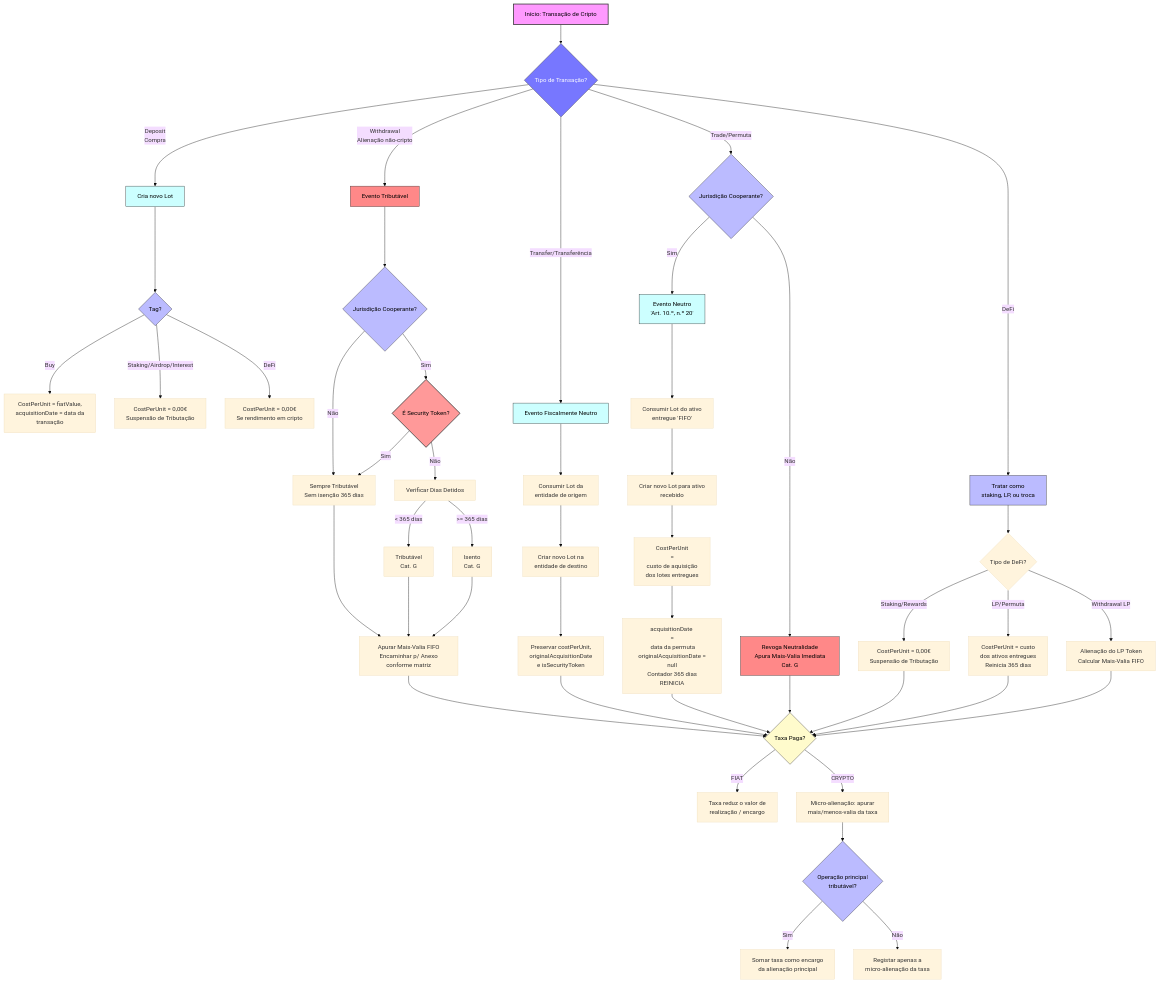
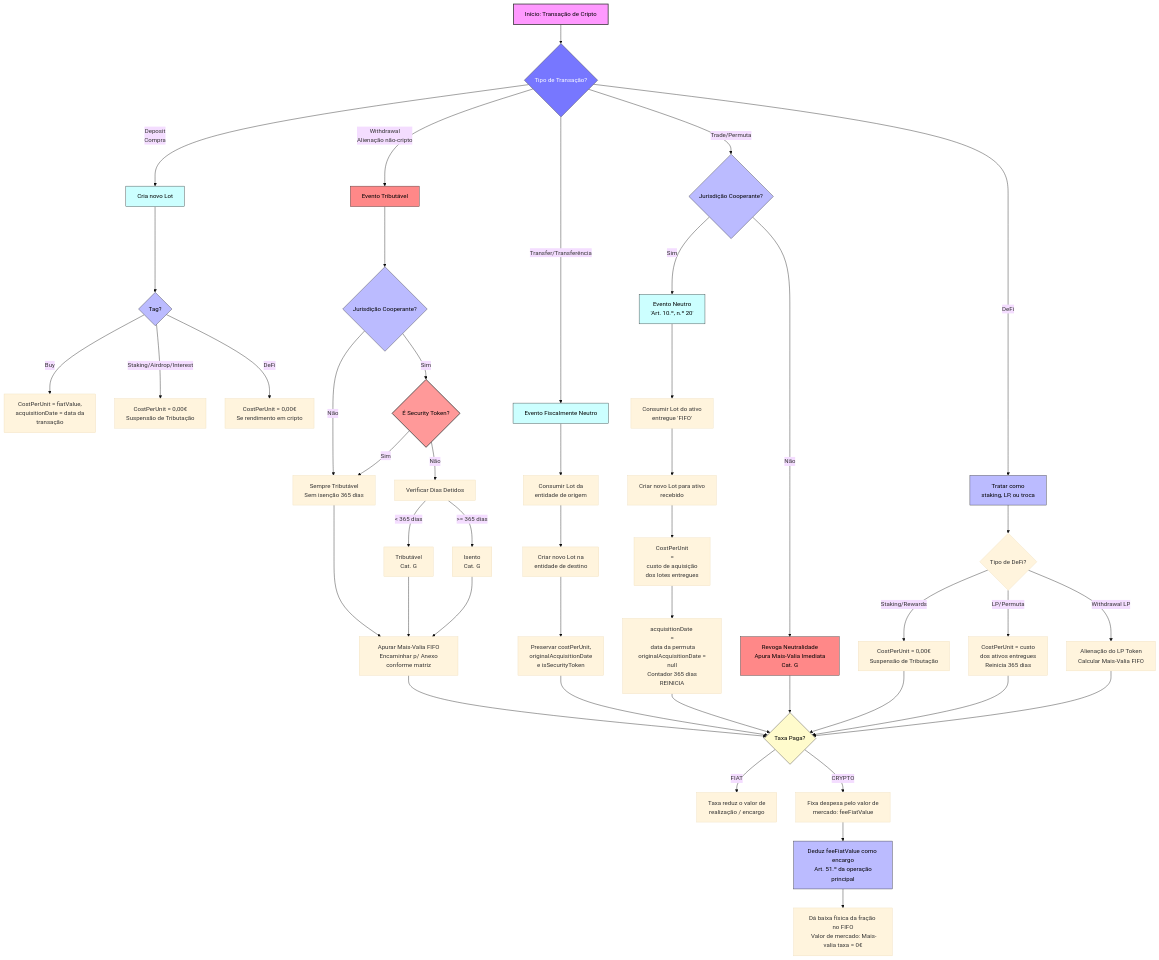
The diagram in fluxograma.mermaid (marotoweb/declaracriptopt), drawn with Mermaid (base theme) before and after one commit. The commit also changed 8 other files, not shown here.

```diff
--- a/fluxograma.mermaid
+++ b/fluxograma.mermaid
@@ -1,73 +1,72 @@
 flowchart TD
     A[Início: Transação de Cripto] --> B{Tipo de Transação?}
 
     %% DEPÓSITOS
     B -->|Deposit<br>Compra| C[Cria novo Lot]
     C --> C1{Tag?}
     C1 -->|Buy| C2[CostPerUnit = fiatValue,<br> acquisitionDate = data da <br>transação]
     C1 -->|Staking/Airdrop/Interest| C3[CostPerUnit = 0,00€<br>Suspensão de Tributação]
     C1 -->|DeFi| C4[CostPerUnit = 0,00€<br>Se rendimento em cripto]
 
     %% RETIRADAS / VENDAS
     B -->|Withdrawal<br>Alienação não-cripto| D[Evento Tributável]
     D --> D0{Jurisdição Cooperante?}
     D0 -->|Não| D2[Sempre Tributável<br>Isenção revogada pelo Art 10 n21]
     D0 -->|Sim| D1{É Security Token?}
     D1 -->|Sim| D2[Sempre Tributável<br> Sem isenção 365 dias]
     D1 -->|Não| D3[Verificar Dias Detidos]
     D3 -->|< 365 dias| D4[Tributável<br> Cat. G]
     D3 -->|&gt= 365 dias| D5[Isento<br> Cat. G]
     D2 & D4 & D5 --> D6[Apurar Mais-Valia FIFO<br> Encaminhar p/ Anexo conforme matriz]
 
     %% TRANSFERÊNCIAS
     B -->|Transfer/Transferência| E[Evento Fiscalmente Neutro]
     E --> E1[Consumir Lot da<br> entidade de origem]
     E1 --> E2[Criar novo Lot na<br> entidade de destino]
     E2 --> E3[Preservar costPerUnit,<br> originalAcquisitionDate<br> e isSecurityToken]
 
     %% PERMUTAS / TRADES
     B -->|Trade/Permuta| F0{Jurisdição Cooperante?}
     F0 -->|Não| F_Tributavel[Revoga Neutralidade<br> Apura Mais-Valia Imediata Cat. G]
     F0 -->|Sim| F["Evento Neutro<br> 'Art. 10.º, n.º 20'"]
     F --> F1[Consumir Lot do ativo<br> entregue 'FIFO']
     F1 --> F2[Criar novo Lot para ativo<br> recebido]
     F2 --> F3[CostPerUnit <br>=<br> custo de aquisição<br> dos lotes entregues]
     F3 --> F4[acquisitionDate <br>=<br> data da permuta<br> originalAcquisitionDate = null<br> Contador 365 dias REINICIA]
 
     %% DEFI NOMINAL
     B -->|DeFi| G[Tratar como<br> staking, LP, ou troca]
     G --> G1{Tipo de DeFi?}
     G1 -->|Staking/Rewards| G2[CostPerUnit = 0,00€<br>Suspensão de Tributação]
     G1 -->|LP/Permuta| G3[CostPerUnit = custo<br> dos ativos entregues<br> Reinicia 365 dias]
     G1 -->|Withdrawal LP| G4[Alienação do LP Token<br> Calcular Mais-Valia FIFO]
 
     %% LÓGICA DE TAXAS (Encadeamento Global)
     D6 --> H{Taxa Paga?}
     E3 --> H
     F4 --> H
     F_Tributavel --> H
     G2 --> H
     G3 --> H
     G4 --> H
 
     H -->|FIAT| H1[Taxa reduz o valor de<br> realização / encargo]
-    H -->|CRYPTO| H2[Micro-alienação: apurar<br> mais/menos-valia da taxa]
-    H2 --> H3{Operação principal<br> tributável?}
-    H3 -->|Sim| H4[Somar taxa como encargo<br> da alienação principal]
-    H3 -->|Não| H5[Registar apenas a<br> micro-alienação da taxa]
+    H -->|CRYPTO| H2[Fixa despesa pelo valor de<br> mercado: feeFiatValue]
+    H2 --> H3[Deduz feeFiatValue como encargo<br> Art. 51.º da operação principal]
+    H3 --> H4[Dá baixa física da fração no FIFO<br> Valor de mercado: Mais-valia taxa = 0€]
 
     %% ESTILIZAÇÃO DO GRAPH
     style A fill:#f9f,stroke:#333,stroke-width:2px,color:#000
     style B fill:#77f,stroke:#333,stroke-width:1px,color:#fff
     style C fill:#cff,stroke:#333,stroke-width:1px,color:#000
     style D fill:#f88,stroke:#333,stroke-width:1px,color:#000
     style E fill:#cff,stroke:#333,stroke-width:1px,color:#000
     style F fill:#cff,stroke:#333,stroke-width:1px,color:#000
     style F_Tributavel fill:#f88,stroke:#333,stroke-width:1px,color:#000
     style G fill:#bbf,stroke:#333,stroke-width:1px,color:#000
     style H fill:#fffbcc,stroke:#333,stroke-width:1px,color:#000
     style D0 fill:#bbf,stroke:#333,stroke-width:1px,color:#000
     style D1 fill:#ff9999,stroke:#333,stroke-width:2px,color:#000
     style F0 fill:#bbf,stroke:#333,stroke-width:1px,color:#000
     style C1 fill:#bbf,stroke:#333,stroke-width:1px,color:#000
     style H3 fill:#bbf,stroke:#333,stroke-width:1px,color:#000
```
